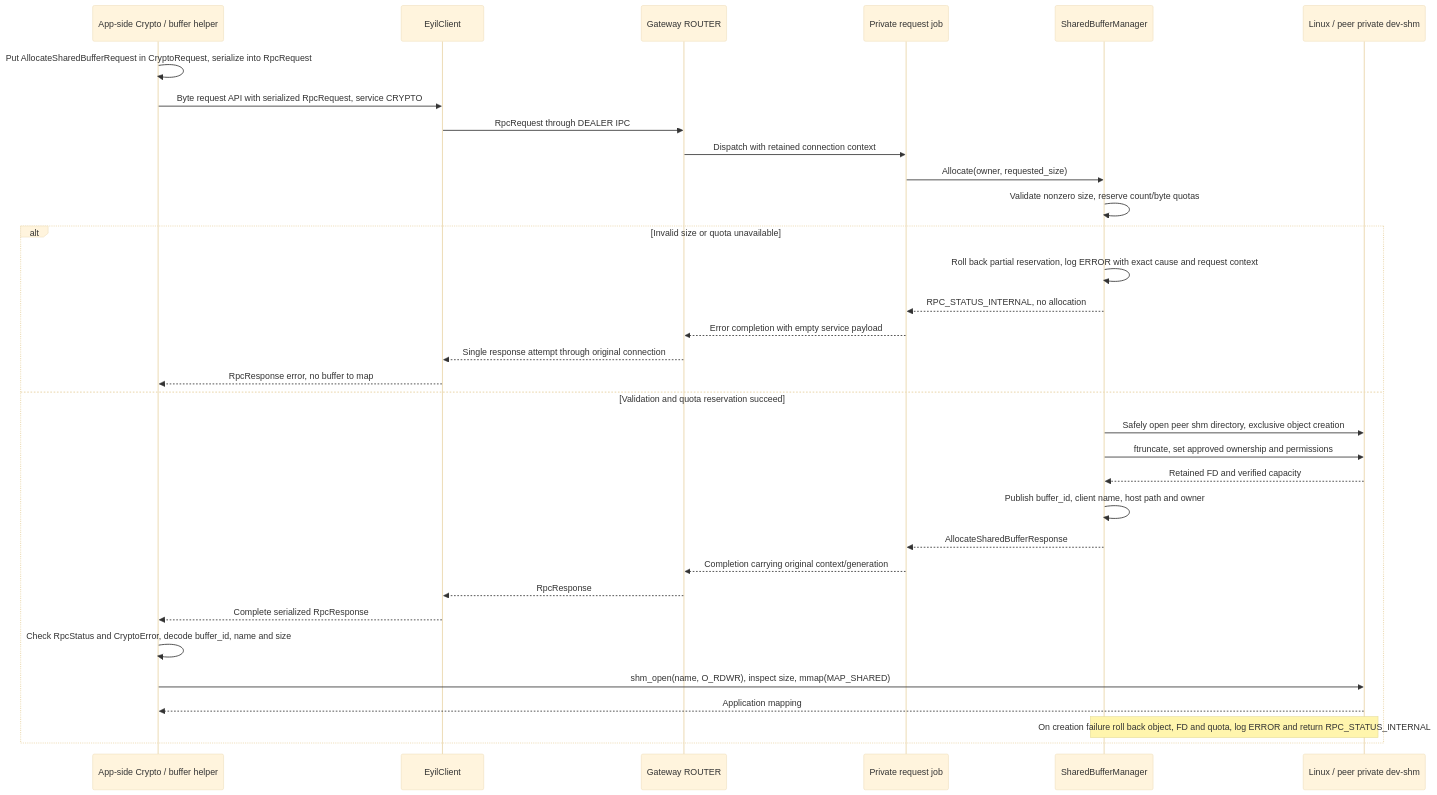
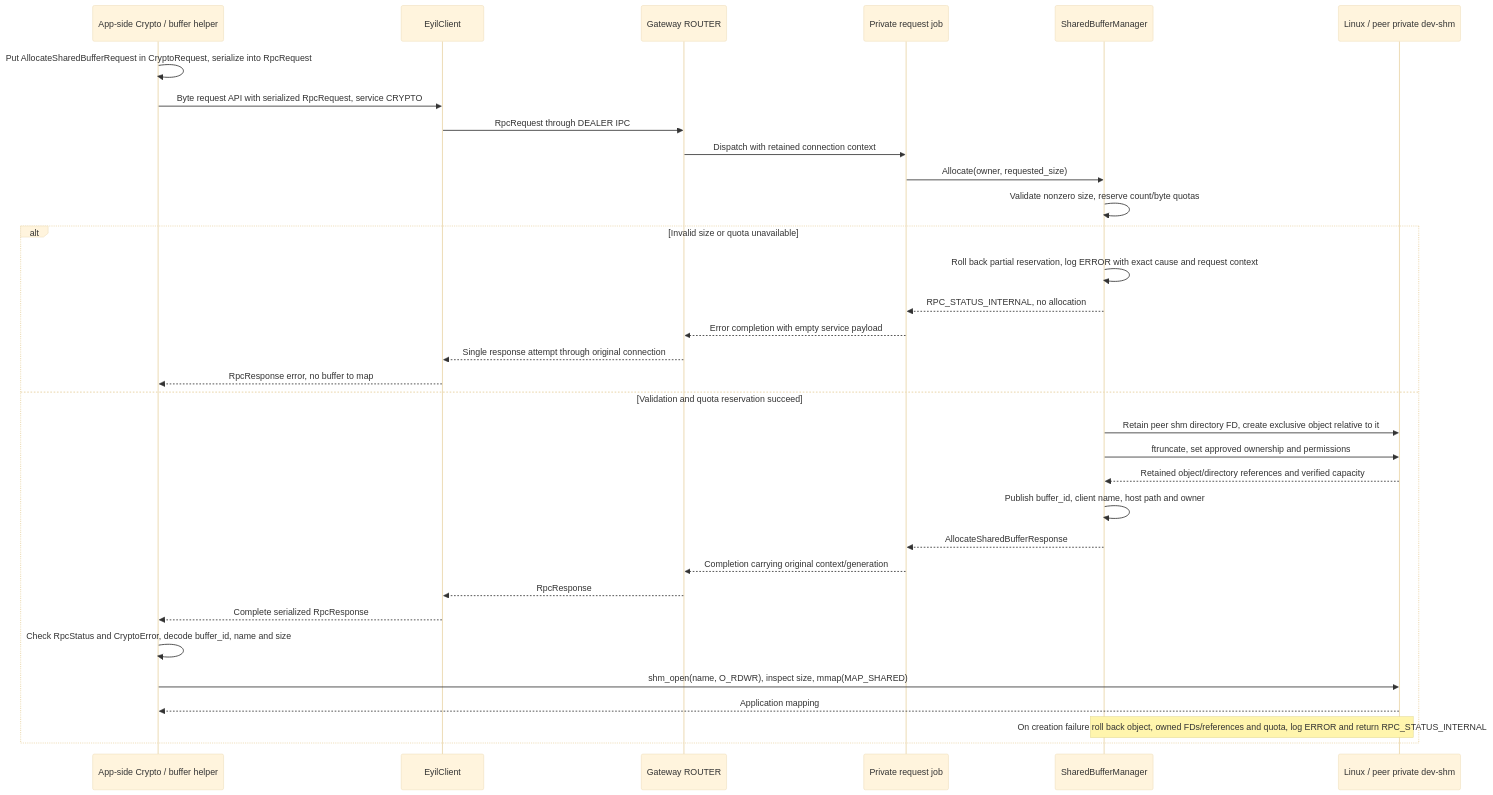
Before and after one commit to rdkcentral/eyil-secure-gateway: diagram 22 of 36 in doc/EyilSecureGateway.md, drawn with Mermaid (base theme). The commit also changed other lines of this file, not shown here.

````diff
--- a/doc/EyilSecureGateway.md
+++ b/doc/EyilSecureGateway.md
@@ -3485,35 +3521,35 @@
 ```mermaid
 sequenceDiagram
     participant A as App-side Crypto / buffer helper
     participant L as EyilClient
     participant R as Gateway ROUTER
     participant J as Private request job
     participant B as SharedBufferManager
     participant K as Linux / peer private dev-shm
     A->>A: Put AllocateSharedBufferRequest in CryptoRequest, serialize into RpcRequest
     A->>L: Byte request API with serialized RpcRequest, service CRYPTO
     L->>R: RpcRequest through DEALER IPC
     R->>J: Dispatch with retained connection context
     J->>B: Allocate(owner, requested_size)
     B->>B: Validate nonzero size, reserve count/byte quotas
     alt Invalid size or quota unavailable
         B->>B: Roll back partial reservation, log ERROR with exact cause and request context
         B-->>J: RPC_STATUS_INTERNAL, no allocation
         J-->>R: Error completion with empty service payload
         R-->>L: Single response attempt through original connection
         L-->>A: RpcResponse error, no buffer to map
     else Validation and quota reservation succeed
-        B->>K: Safely open peer shm directory, exclusive object creation
+        B->>K: Retain peer shm directory FD, create exclusive object relative to it
         B->>K: ftruncate, set approved ownership and permissions
-        K-->>B: Retained FD and verified capacity
+        K-->>B: Retained object/directory references and verified capacity
         B->>B: Publish buffer_id, client name, host path and owner
         B-->>J: AllocateSharedBufferResponse
         J-->>R: Completion carrying original context/generation
         R-->>L: RpcResponse
         L-->>A: Complete serialized RpcResponse
         A->>A: Check RpcStatus and CryptoError, decode buffer_id, name and size
         A->>K: shm_open(name, O_RDWR), inspect size, mmap(MAP_SHARED)
         K-->>A: Application mapping
-        Note over B,K: On creation failure roll back object, FD and quota, log ERROR and return RPC_STATUS_INTERNAL
+        Note over B,K: On creation failure roll back object, owned FDs/references and quota, log ERROR and return RPC_STATUS_INTERNAL
     end
 ```
````
